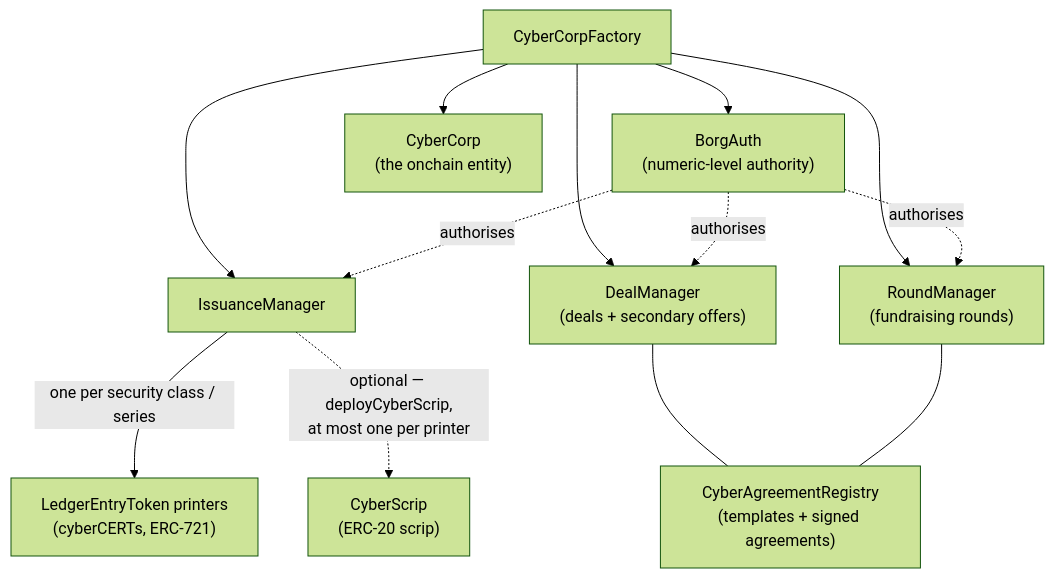
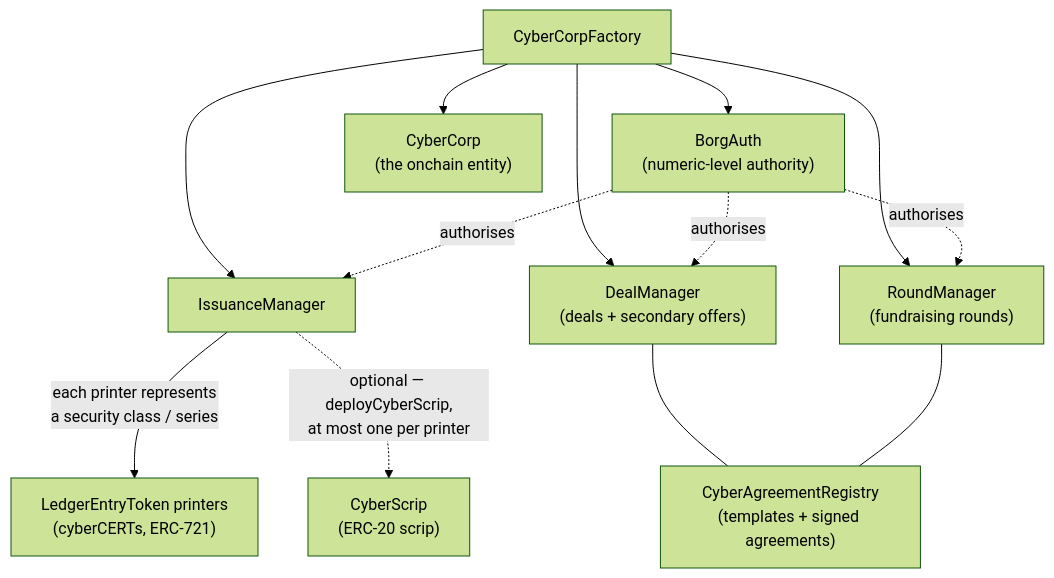
Before and after one commit to MetaLex-Tech/cybercorps-contracts: the diagram in docs/reference/contracts.md, drawn with Mermaid (forest theme). The commit also changed 1 other file, not shown here.

Commit message:
docs: no printer-uniqueness claim; SPV conditions in settlement re-check; payment before transfer
Codex round 6 on #136.

````diff
--- a/docs/reference/contracts.md
+++ b/docs/reference/contracts.md
@@ -13,15 +13,15 @@
 ```mermaid
 flowchart TD
     F["CyberCorpFactory"] --> AUTH["BorgAuth<br/>(numeric-level authority)"]
     F --> CORP["CyberCorp<br/>(the onchain entity)"]
     F --> IM["IssuanceManager"]
     F --> DM["DealManager<br/>(deals + secondary offers)"]
     F --> RM["RoundManager<br/>(fundraising rounds)"]
-    IM -- "one per security class / series" --> LET["LedgerEntryToken printers<br/>(cyberCERTs, ERC-721)"]
+    IM -- "each printer represents<br/>a security class / series" --> LET["LedgerEntryToken printers<br/>(cyberCERTs, ERC-721)"]
     IM -. "optional — deployCyberScrip,<br/>at most one per printer" .-> SCRIP["CyberScrip<br/>(ERC-20 scrip)"]
     DM --- REG["CyberAgreementRegistry<br/>(templates + signed agreements)"]
     RM --- REG
     AUTH -. "authorises" .-> IM
     AUTH -. "authorises" .-> DM
     AUTH -. "authorises" .-> RM
 ```
````
